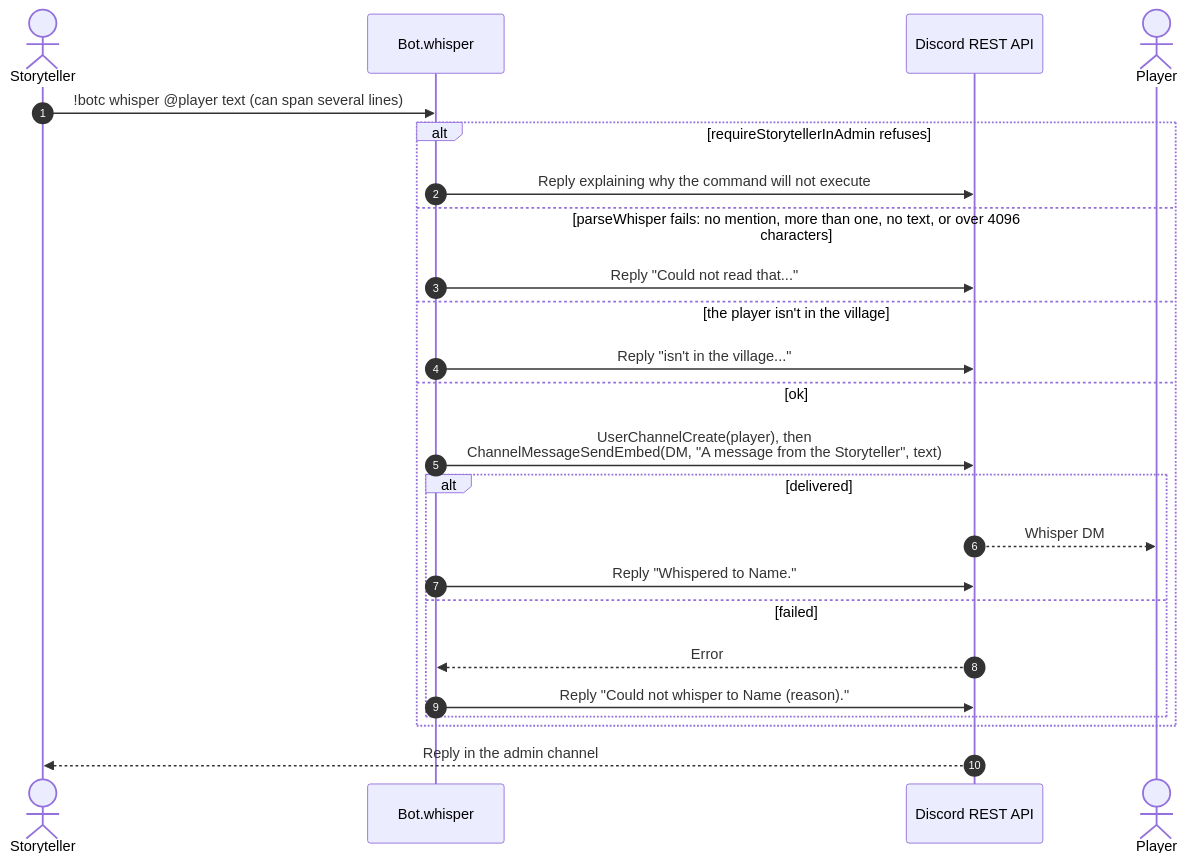
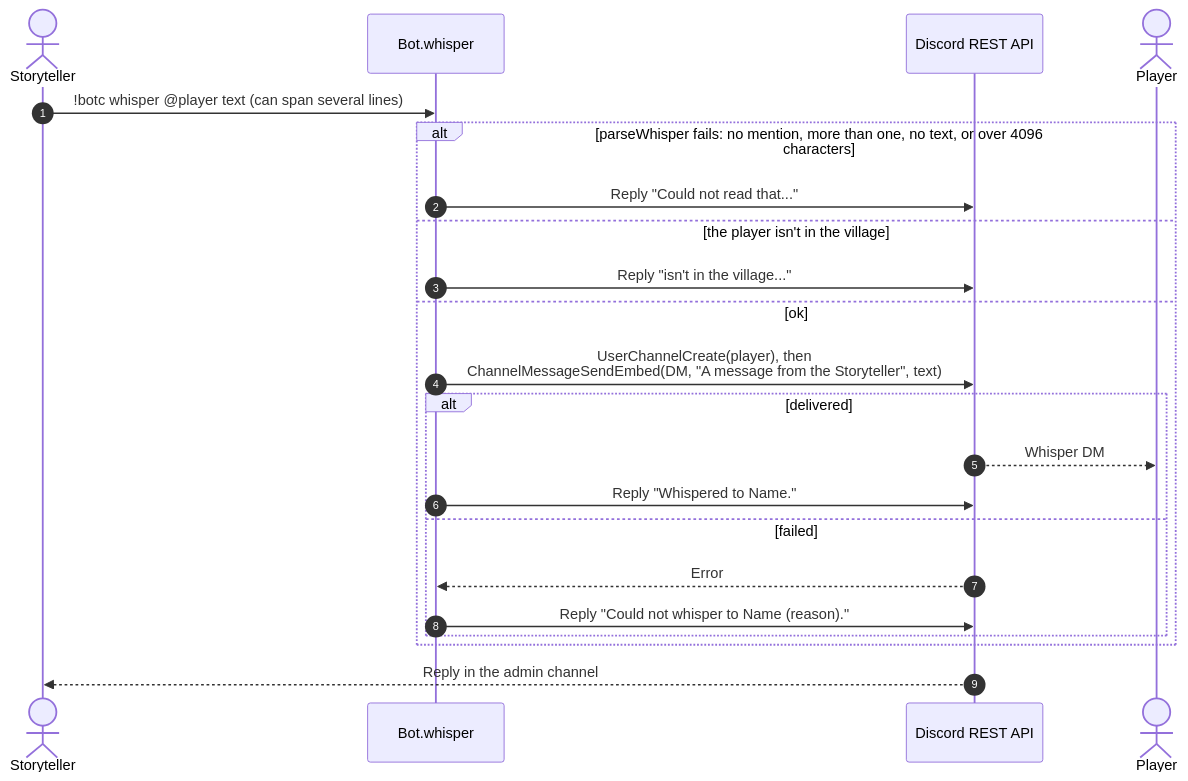
One commit to RAGNOARAKNOS/BotOnTheClocktower changed the ninth of 9 diagrams in docs/uml/characters.md. Above: the diagram before and after it, drawn with Mermaid. The commit also changed other lines of this file and 18 other files, not shown here.

````diff
--- a/docs/uml/characters.md
+++ b/docs/uml/characters.md
@@ -234,27 +234,25 @@
 ```mermaid
 sequenceDiagram
     autonumber
     actor ST as Storyteller
     participant Bot as Bot.whisper
     participant REST as Discord REST API
     actor P as Player
 
     ST->>Bot: !botc whisper @player text (can span several lines)
-    alt requireStorytellerInAdmin refuses
-        Bot->>REST: Reply explaining why the command will not execute
-    else parseWhisper fails: no mention, more than one, no text, or over 4096 characters
+    alt parseWhisper fails: no mention, more than one, no text, or over 4096 characters
         Bot->>REST: Reply "Could not read that..."
     else the player isn't in the village
         Bot->>REST: Reply "isn't in the village..."
     else ok
         Bot->>REST: UserChannelCreate(player), then<br/>ChannelMessageSendEmbed(DM, "A message from the Storyteller", text)
         alt delivered
             REST-->>P: Whisper DM
             Bot->>REST: Reply "Whispered to Name."
         else failed
             REST-->>Bot: Error
             Bot->>REST: Reply "Could not whisper to Name (reason)."
         end
     end
     REST-->>ST: Reply in the admin channel
 ```
````
